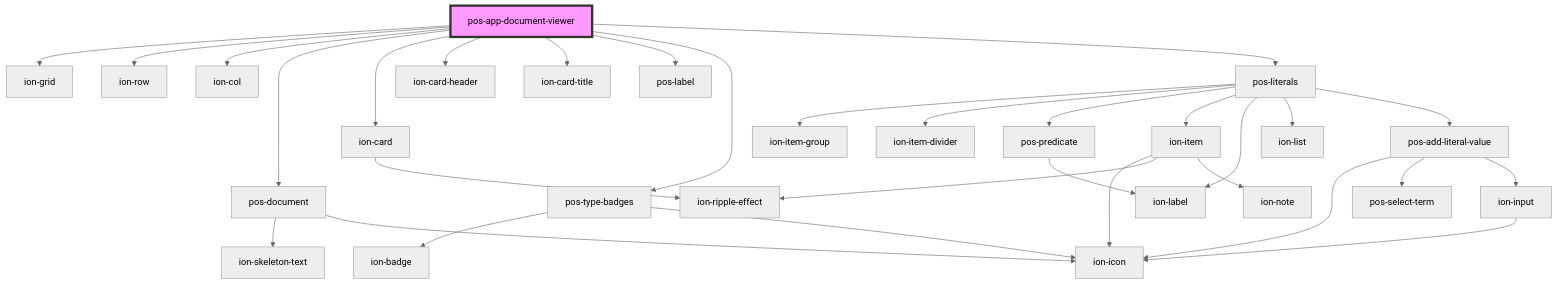
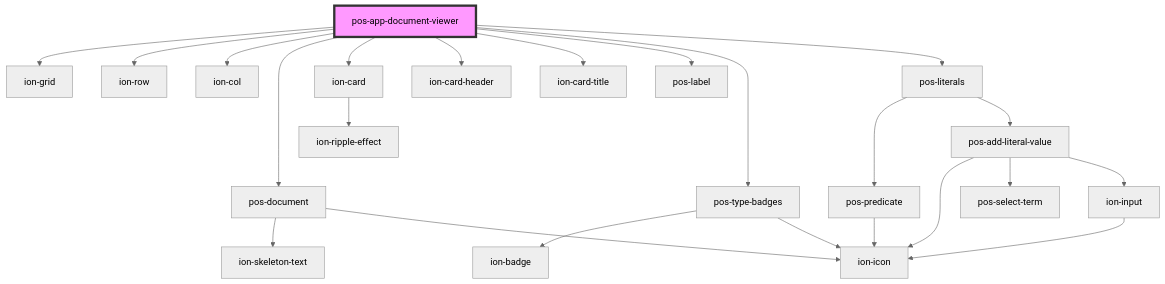
One commit to pod-os/PodOS changed the diagram in docs/elements/apps/pos-app-document-viewer/readme.md. Above: the diagram before and after it, drawn with Mermaid (neutral theme). The commit also changed 9 other files, not shown here.

````diff
--- a/docs/elements/apps/pos-app-document-viewer/readme.md
+++ b/docs/elements/apps/pos-app-document-viewer/readme.md
@@ -31,34 +31,26 @@
 ```mermaid
 graph TD;
   pos-app-document-viewer --> ion-grid
   pos-app-document-viewer --> ion-row
   pos-app-document-viewer --> ion-col
   pos-app-document-viewer --> pos-document
   pos-app-document-viewer --> ion-card
   pos-app-document-viewer --> ion-card-header
   pos-app-document-viewer --> ion-card-title
   pos-app-document-viewer --> pos-label
   pos-app-document-viewer --> pos-type-badges
   pos-app-document-viewer --> pos-literals
   pos-document --> ion-skeleton-text
   pos-document --> ion-icon
   ion-card --> ion-ripple-effect
   pos-type-badges --> ion-badge
   pos-type-badges --> ion-icon
-  pos-literals --> ion-item-group
-  pos-literals --> ion-item-divider
   pos-literals --> pos-predicate
-  pos-literals --> ion-item
-  pos-literals --> ion-label
-  pos-literals --> ion-list
   pos-literals --> pos-add-literal-value
-  pos-predicate --> ion-label
-  ion-item --> ion-icon
-  ion-item --> ion-ripple-effect
-  ion-item --> ion-note
+  pos-predicate --> ion-icon
   pos-add-literal-value --> ion-icon
   pos-add-literal-value --> pos-select-term
   pos-add-literal-value --> ion-input
   ion-input --> ion-icon
   style pos-app-document-viewer fill:#f9f,stroke:#333,stroke-width:4px
 ```
````
